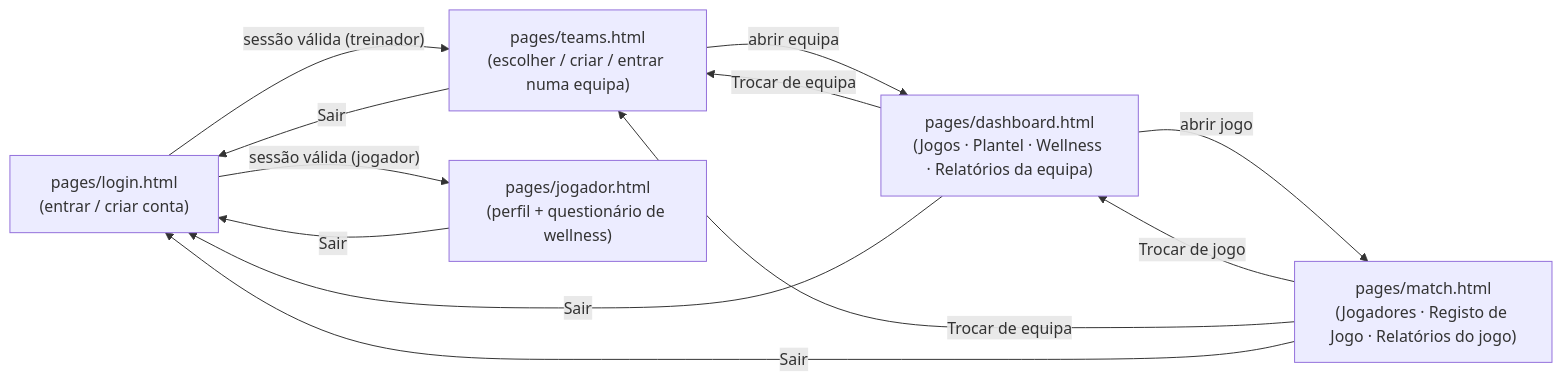
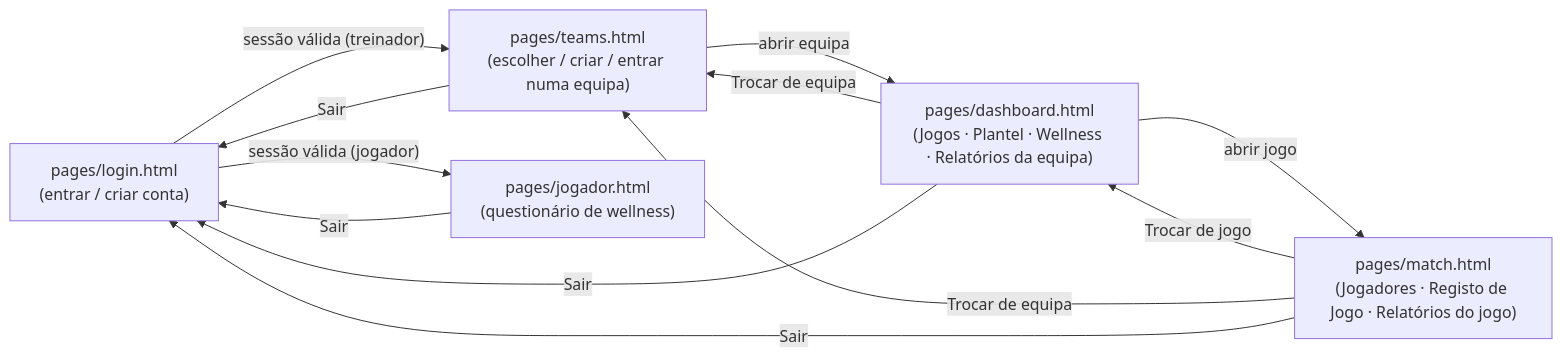
One commit to joaoaraujo144-star/analise_tatica_jogo changed the diagram in docs/architecture.md. Above: the diagram before and after it, drawn with Mermaid. The commit also changed other lines of this file and 9 other files, not shown here.

First line of the commit message:
Peso opcional no wellness, simplifica o fluxo do jogador, corrige bug de CSS

````diff
--- a/docs/architecture.md
+++ b/docs/architecture.md
@@ -47,20 +49,20 @@
 ```mermaid
 flowchart LR
   L["pages/login.html<br/>(entrar / criar conta)"]
   T["pages/teams.html<br/>(escolher / criar / entrar numa equipa)"]
   D["pages/dashboard.html<br/>(Jogos · Plantel · Wellness · Relatórios da equipa)"]
   M["pages/match.html<br/>(Jogadores · Registo de Jogo · Relatórios do jogo)"]
-  J["pages/jogador.html<br/>(perfil + questionário de wellness)"]
+  J["pages/jogador.html<br/>(questionário de wellness)"]
 
   L -->|"sessão válida (treinador)"| T
   L -->|"sessão válida (jogador)"| J
   T -->|abrir equipa| D
   D -->|abrir jogo| M
   M -->|"Trocar de jogo"| D
   D -->|"Trocar de equipa"| T
   M -->|"Trocar de equipa"| T
   T -->|"Sair"| L
   D -->|"Sair"| L
   M -->|"Sair"| L
   J -->|"Sair"| L
 ```
````
